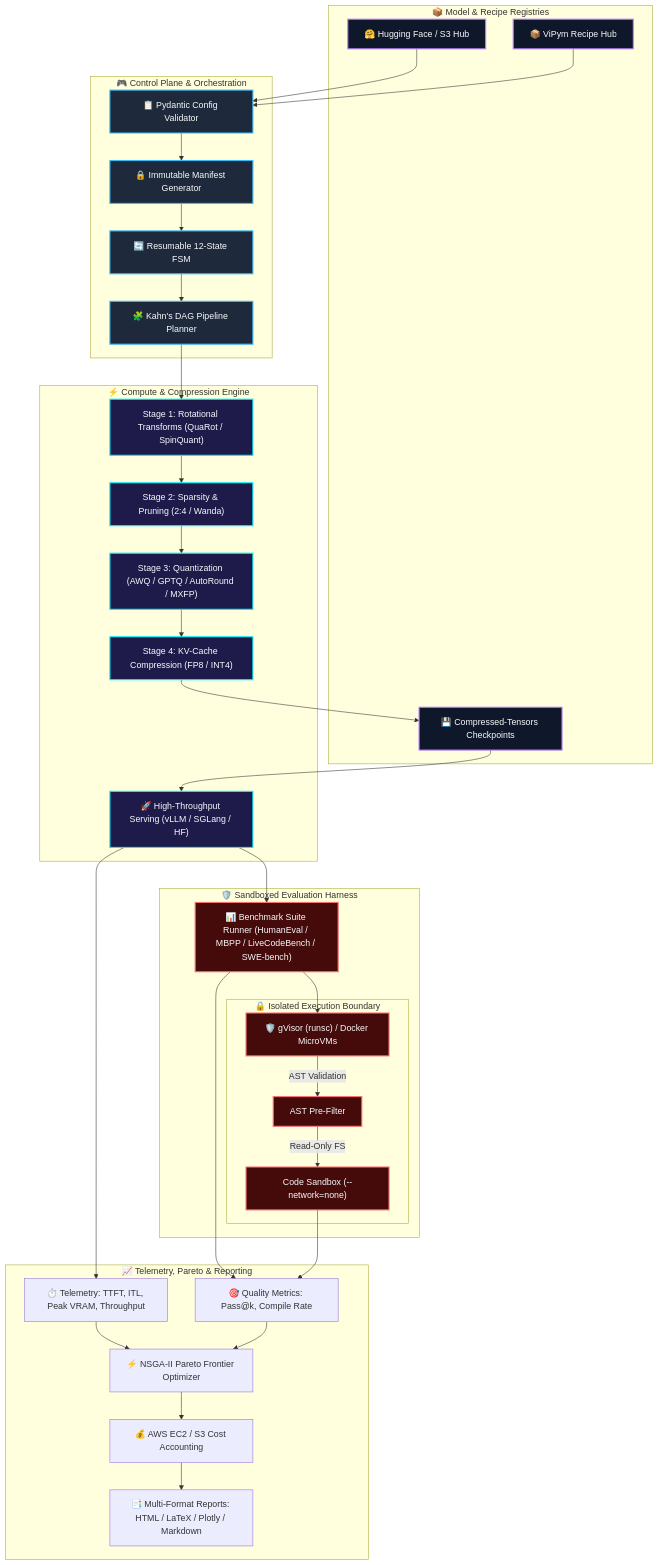
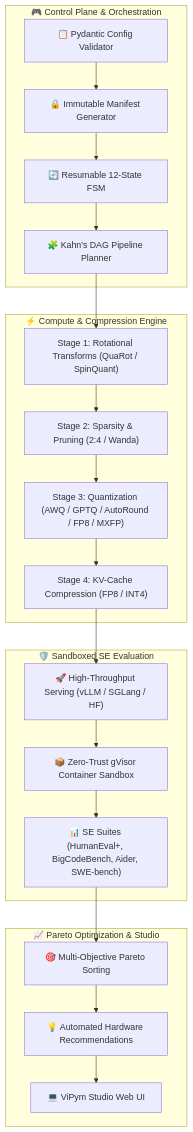
One commit to vfcarida/ViPym changed the diagram in README.md. Above: the diagram before and after it, drawn with Mermaid. The commit also changed other lines of this file and 67 other files, not shown here.

Commit message:
feat: establish v0.3 ViPym architecture

````diff
--- a/README.md
+++ b/README.md
@@ -72,58 +86,33 @@
 ```mermaid
 flowchart TD
     classDef control fill:#1e293b,stroke:#38bdf8,stroke-width:2px,color:#f8fafc;
     classDef storage fill:#0f172a,stroke:#c084fc,stroke-width:2px,color:#f8fafc;
     classDef compute fill:#1e1b4b,stroke:#00f2fe,stroke-width:2px,color:#f8fafc;
     classDef analysis fill:#1e293b,stroke:#34d399,stroke-width:2px,color:#f8fafc;
     classDef sandbox fill:#450a0a,stroke:#f87171,stroke-width:2px,color:#f8fafc;
 
     subgraph CP[" 🎮 Control Plane & Orchestration "]
         CFG["📋 Pydantic Config Validator"] --> MANIFEST["🔒 Immutable Manifest Generator"]
         MANIFEST --> STATE["🔄 Resumable 12-State FSM"]
         STATE --> DAG["🧩 Kahn's DAG Pipeline Planner"]
     end
 
-    subgraph REG[" 📦 Model & Recipe Registries "]
-        MR["🤗 Hugging Face / S3 Hub"]
-        RH["📦 ViPym Recipe Hub"]
-        ART["💾 Compressed-Tensors Checkpoints"]
-    end
-
     subgraph EXEC[" ⚡ Compute & Compression Engine "]
         DAG --> STAGE1["Stage 1: Rotational Transforms (QuaRot / SpinQuant)"]
         STAGE1 --> STAGE2["Stage 2: Sparsity & Pruning (2:4 / Wanda)"]
-        STAGE2 --> STAGE3["Stage 3: Quantization (AWQ / GPTQ / AutoRound / MXFP)"]
+        STAGE2 --> STAGE3["Stage 3: Quantization (AWQ / GPTQ / AutoRound / FP8 / MXFP)"]
         STAGE3 --> STAGE4["Stage 4: KV-Cache Compression (FP8 / INT4)"]
-        STAGE4 --> ART
-        
-        ART --> SRV["🚀 High-Throughput Serving (vLLM / SGLang / HF)"]
     end
 
-    subgraph EVAL[" 🛡️ Sandboxed Evaluation Harness "]
-        SRV --> RUNNER["📊 Benchmark Suite Runner (HumanEval / MBPP / LiveCodeBench / SWE-bench)"]
-        RUNNER --> SB["🛡️ gVisor (runsc) / Docker MicroVMs"]
-        
-        subgraph ISO["🔒 Isolated Execution Boundary"]
-            SB --> |AST Validation| AST["AST Pre-Filter"]
-            AST --> |Read-Only FS| EXECUTE["Code Sandbox (--network=none)"]
-        end
+    subgraph EVAL[" 🛡️ Sandboxed SE Evaluation "]
+        STAGE4 --> SRV["🚀 High-Throughput Serving (vLLM / SGLang / HF)"]
+        SRV --> SBX["📦 Zero-Trust gVisor Container Sandbox"]
+        SBX --> SUITES["📊 SE Suites (HumanEval+, BigCodeBench, Aider, SWE-bench)"]
     end
 
-    subgraph TELEMETRY[" 📈 Telemetry, Pareto & Reporting "]
-        SRV --> PERF["⏱️ Telemetry: TTFT, ITL, Peak VRAM, Throughput"]
-        RUNNER --> QUAL["🎯 Quality Metrics: Pass@k, Compile Rate"]
-        PERF & QUAL --> PARETO["⚡ NSGA-II Pareto Frontier Optimizer"]
-        PARETO --> COST["💰 AWS EC2 / S3 Cost Accounting"]
-        COST --> RENDER["📑 Multi-Format Reports: HTML / LaTeX / Plotly / Markdown"]
+    subgraph OPT[" 📈 Pareto Optimization & Studio "]
+        SUITES --> PARETO["🎯 Multi-Objective Pareto Sorting"]
+        PARETO --> REC["💡 Automated Hardware Recommendations"]
+        REC --> STUDIO["💻 ViPym Studio Web UI"]
     end
-
-    MR --> CFG
-    RH --> CFG
-    EXECUTE --> QUAL
-
-    class CFG,MANIFEST,STATE,DAG control;
-    class MR,RH,ART,SRV storage;
-    class STAGE1,STAGE2,STAGE3,STAGE4,SRV compute;
-    class RUNNER,SB,AST,EXECUTE sandbox;
-    class PERF,QUAL,PARETO,COST,RENDER telemetry;
 ```
````
